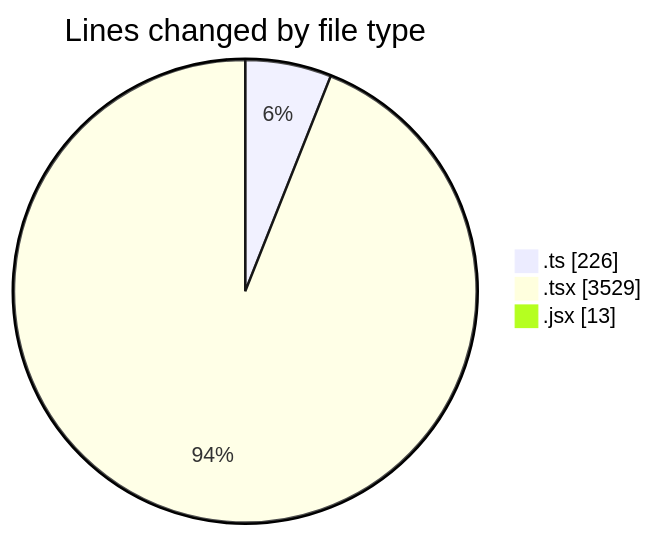
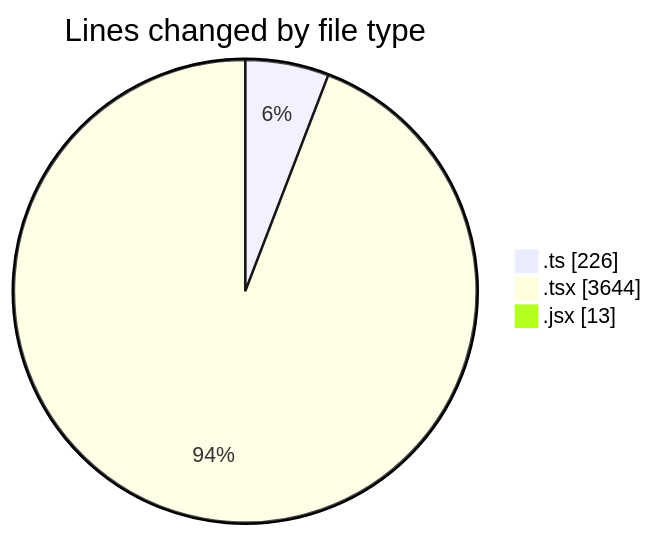
The first of 2 diagrams in 2025-12-02/cda/README.md (momahboobian/code-tracking), drawn with Mermaid before and after one commit. The commit also changed other lines of this file and 1 other file, not shown here.

````diff
--- a/2025-12-02/cda/README.md
+++ b/2025-12-02/cda/README.md
@@ -30,7 +30,7 @@
 ```mermaid
 pie showData
 title Lines changed by file type
 ".ts" : 226
-".tsx" : 3529
+".tsx" : 3644
 ".jsx" : 13
 ```
````
